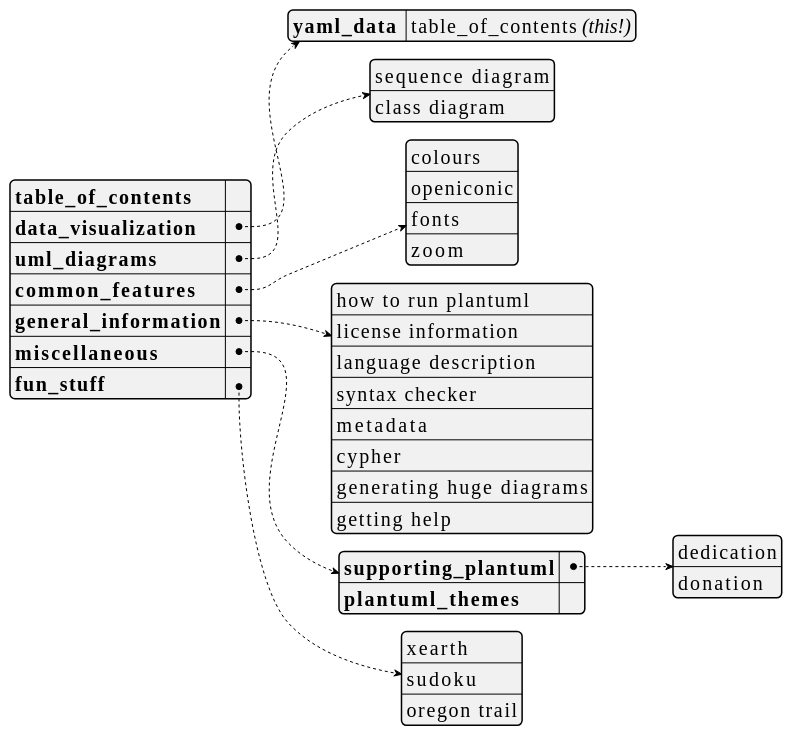
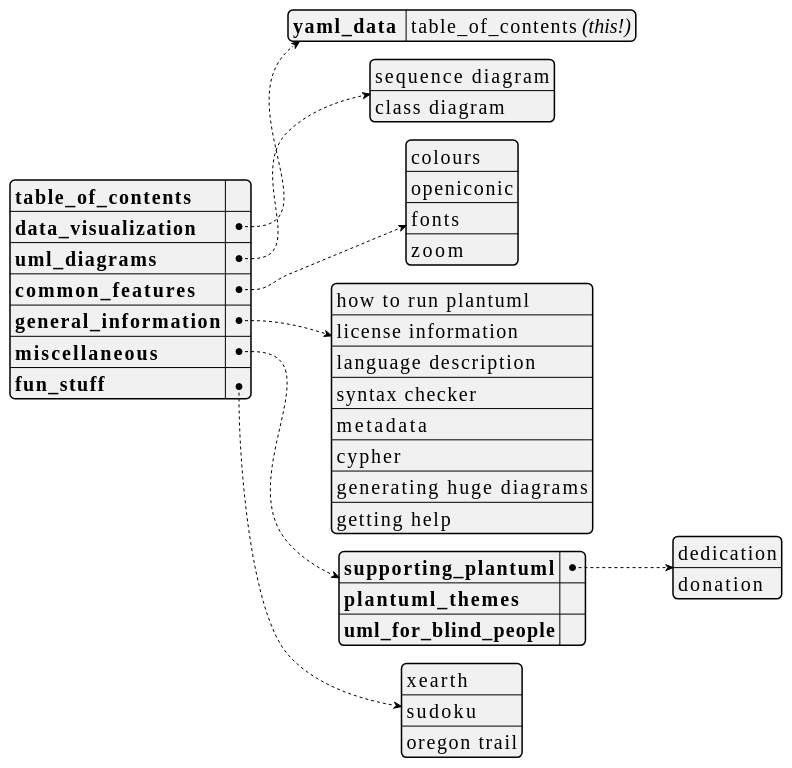
Before and after one commit to dragondive/heavens-arena: the first of 19 diagrams in plantuml_demo.md, drawn with PlantUML. The commit also changed other lines of this file, not shown here.

Commit message:
added miscellaneous: uml for blind people

````diff
--- a/plantuml_demo.md
+++ b/plantuml_demo.md
@@ -26,52 +26,53 @@
 ```plantuml
 @startyaml
 <style>
 yamlDiagram {
     node {
         ' use a constant width font because that's what developers do.
         FontName Consolas
         FontSize 20
     }
 }
 </style>
 
 /'TODO:
 It would be cool to hyperlink the entries in the table_of_contents to the
 respective section in the document. Not only would it further accentuate the
 [Medium Awareness](https://tvtropes.org/pmwiki/pmwiki.php/Main/MediumAwareness)
 of this yaml document, but also augment the
 [Anachronic Order](https://tvtropes.org/pmwiki/pmwiki.php/Main/AnachronicOrder)
 of the outer markdown document.
 '/
 
 **table_of_contents**: ""  /' workaround: empty string here to avoid dummy link '/
 data_visualization:
     yaml_data : table_of_contents //(this!)//
 uml_diagrams:
     - sequence diagram
     - class diagram
 common_features:
     - colours
     - openiconic
     - fonts
     - zoom
 general_information:
     - how to run plantuml
     - license information
     - language description
     - syntax checker
     - metadata
     - cypher
     - generating huge diagrams
     - getting help
 miscellaneous:
     supporting_plantuml:
         - dedication
         - donation
     plantuml_themes: ""
+    uml_for_blind_people: ""
 fun_stuff:
     - xearth
     - sudoku
     - oregon trail
 @endyaml
 ```
````
